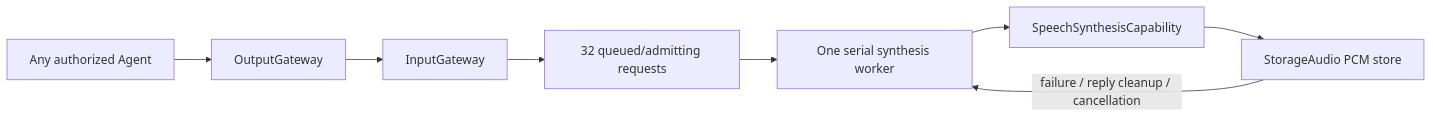
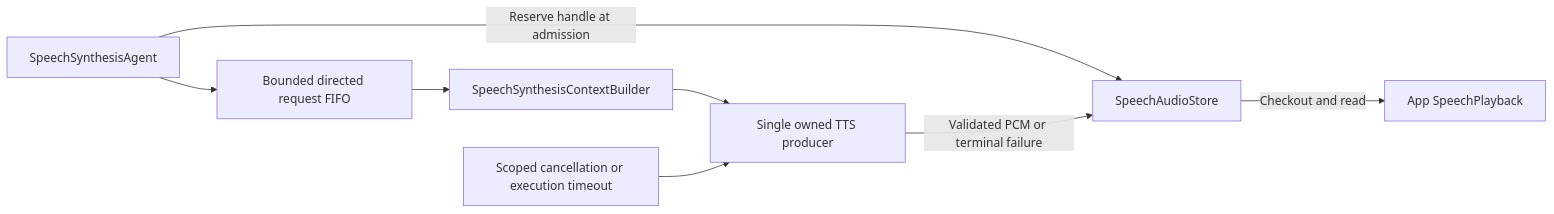
One commit to devilyouwei/MobileHarness changed the second of 2 diagrams in MobileHarness/Agents/SpeechSynthesis/README.md. Above: the diagram before and after it, drawn with Mermaid. The commit also changed other lines of this file and 116 other files, not shown here.

````diff
--- a/MobileHarness/Agents/SpeechSynthesis/README.md
+++ b/MobileHarness/Agents/SpeechSynthesis/README.md
@@ -26,10 +26,10 @@
 ```mermaid
 flowchart LR
-    Source[Any authorized Agent] --> OG[OutputGateway]
-    OG --> IG[InputGateway]
-    IG --> Inbox[32 queued/admitting requests]
-    Inbox --> Worker[One serial synthesis worker]
-    Worker --> Model[SpeechSynthesisCapability]
-    Model --> Store[StorageAudio PCM store]
-    Store -->|failure / reply cleanup / cancellation| Worker
+ Agent[SpeechSynthesisAgent] --> Queue[Bounded directed request FIFO]
+ Agent -->|Reserve handle at admission| Store[SpeechAudioStore]
+ Queue --> Builder[SpeechSynthesisContextBuilder]
+ Builder --> Producer[Single owned TTS producer]
+ Producer -->|Validated PCM or terminal failure| Store
+ Cancel[Scoped cancellation or execution timeout] --> Producer
+ Store -->|Checkout and read| Playback[App SpeechPlayback]
 ```
````
